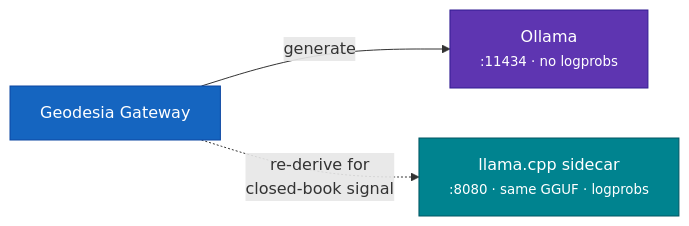
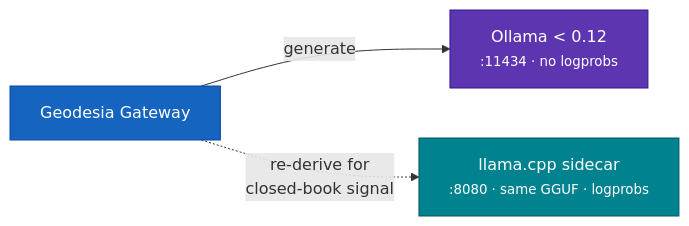
The third of 7 diagrams in docs/gateway/compatibility.md (geodesia-ai/geodesia-docs), drawn with Mermaid before and after one commit. The commit also changed other lines of this file and 3 other files, not shown here.

````diff
--- a/docs/gateway/compatibility.md
+++ b/docs/gateway/compatibility.md
@@ -269,8 +272,8 @@
 ```mermaid
 flowchart LR
-    GW[Geodesia Gateway]:::gw -->|generate| OLL[Ollama<br/><small>:11434 · no logprobs</small>]:::o
+    GW[Geodesia Gateway]:::gw -->|generate| OLL[Ollama < 0.12<br/><small>:11434 · no logprobs</small>]:::o
     GW -.->|re-derive for<br/>closed-book signal| SC[llama.cpp sidecar<br/><small>:8080 · same GGUF · logprobs</small>]:::s
     classDef gw fill:#1565c0,color:#fff,stroke:#0d47a1;
     classDef o fill:#5e35b1,color:#fff,stroke:#311b92;
     classDef s fill:#00838f,color:#fff,stroke:#005662;
 ```
````
